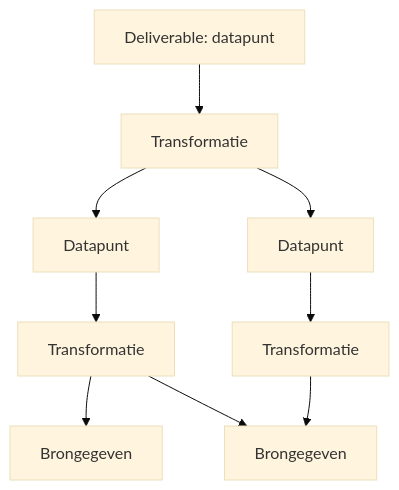
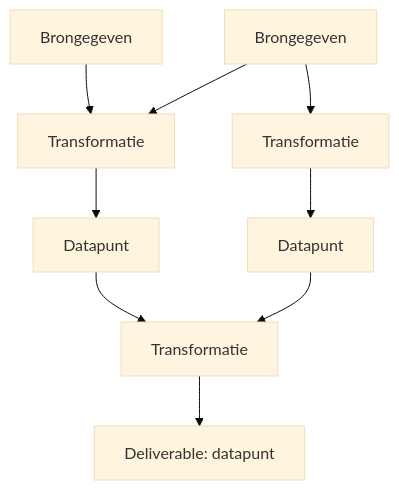
The diagram in docs/ANKERPUNT.md (RickCoppens/flow-visualiser), drawn with Mermaid (base theme) before and after one commit. The commit also changed other lines of this file and 32 other files, not shown here.

First line of the commit message:
Bouw lokale Flow Visualiser met interactieve transformaties

````diff
--- a/docs/ANKERPUNT.md
+++ b/docs/ANKERPUNT.md
@@ -62,11 +62,12 @@
 ```mermaid
 flowchart TD
-    D[Deliverable: datapunt] --> T1[Transformatie]
-    T1 --> A[Datapunt]
-    T1 --> B[Datapunt]
-    A --> T2[Transformatie]
-    T2 --> S1[Brongegeven]
-    T2 --> S2[Brongegeven]
-    B --> T3[Transformatie]
-    T3 --> S2
+    D[Deliverable: datapunt]
+    T1[Transformatie] --> D
+    A[Datapunt] --> T1
+    B[Datapunt] --> T1
+    T2[Transformatie] --> A
+    S1[Brongegeven] --> T2
+    S2[Brongegeven] --> T2
+    T3[Transformatie] --> B
+    S2 --> T3
 ```
````
